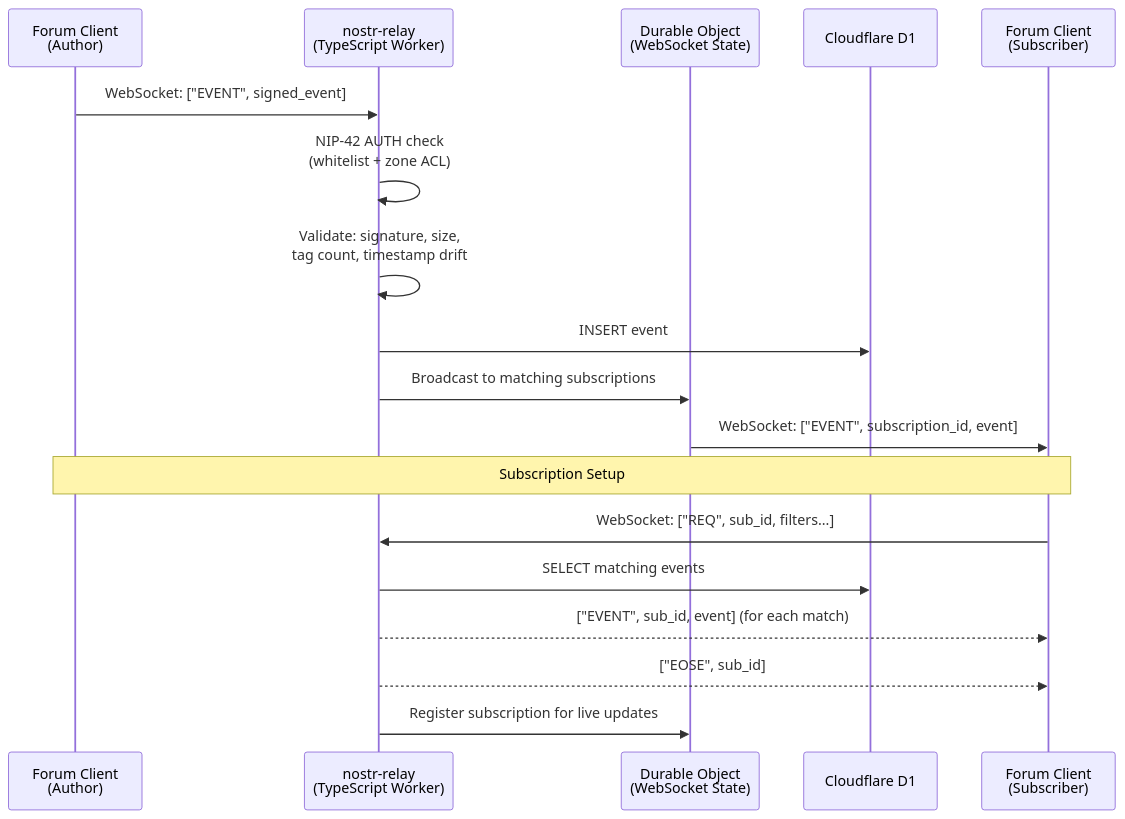
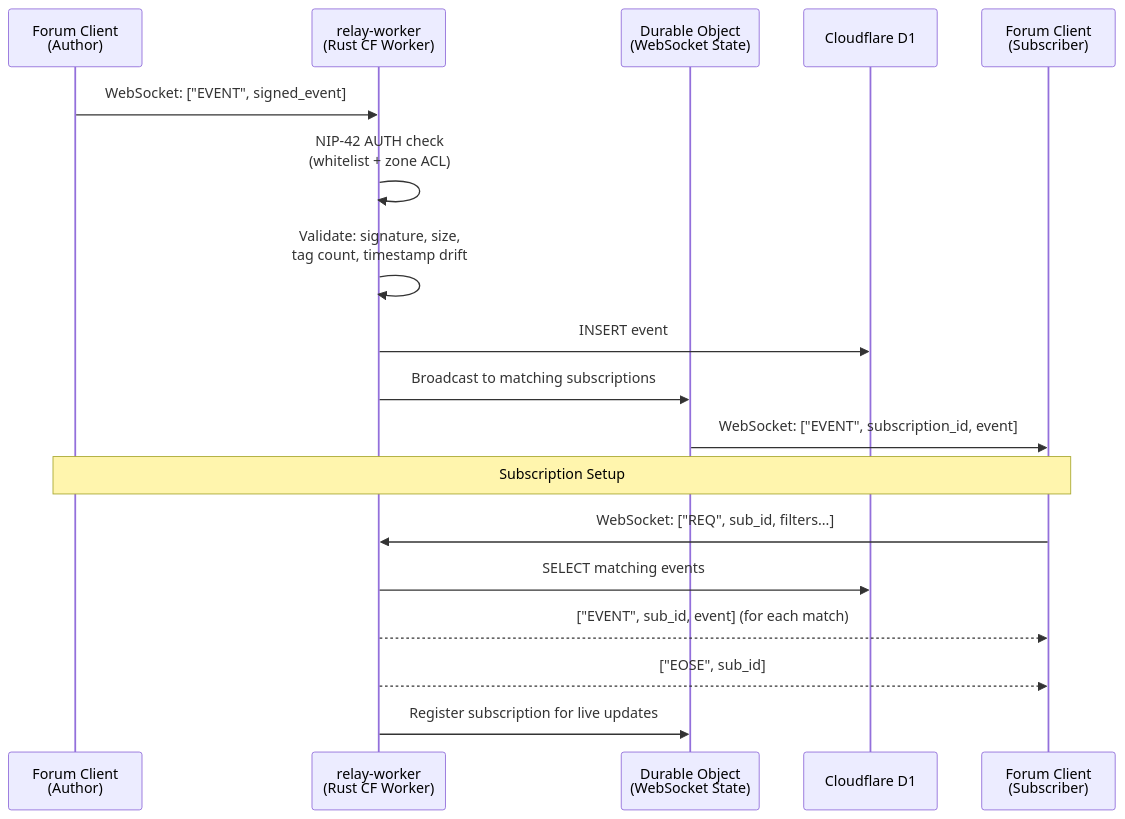
One commit to DreamLab-AI/dreamlab-ai-website changed the third of 7 diagrams in docs/README.md. Above: the diagram before and after it, drawn with Mermaid. The commit also changed other lines of this file and 9 other files, not shown here.

````diff
--- a/docs/README.md
+++ b/docs/README.md
@@ -226,23 +223,23 @@
 ```mermaid
 sequenceDiagram
     participant Author as Forum Client<br/>(Author)
-    participant Relay as nostr-relay<br/>(TypeScript Worker)
+    participant Relay as relay-worker<br/>(Rust CF Worker)
     participant DO as Durable Object<br/>(WebSocket State)
     participant D1 as Cloudflare D1
     participant Sub as Forum Client<br/>(Subscriber)
 
     Author->>Relay: WebSocket: ["EVENT", signed_event]
     Relay->>Relay: NIP-42 AUTH check<br/>(whitelist + zone ACL)
     Relay->>Relay: Validate: signature, size,<br/>tag count, timestamp drift
     Relay->>D1: INSERT event
     Relay->>DO: Broadcast to matching subscriptions
     DO->>Sub: WebSocket: ["EVENT", subscription_id, event]
 
     Note over Author,Sub: Subscription Setup
 
     Sub->>Relay: WebSocket: ["REQ", sub_id, filters...]
     Relay->>D1: SELECT matching events
     Relay-->>Sub: ["EVENT", sub_id, event] (for each match)
     Relay-->>Sub: ["EOSE", sub_id]
     Relay->>DO: Register subscription for live updates
 ```
````
